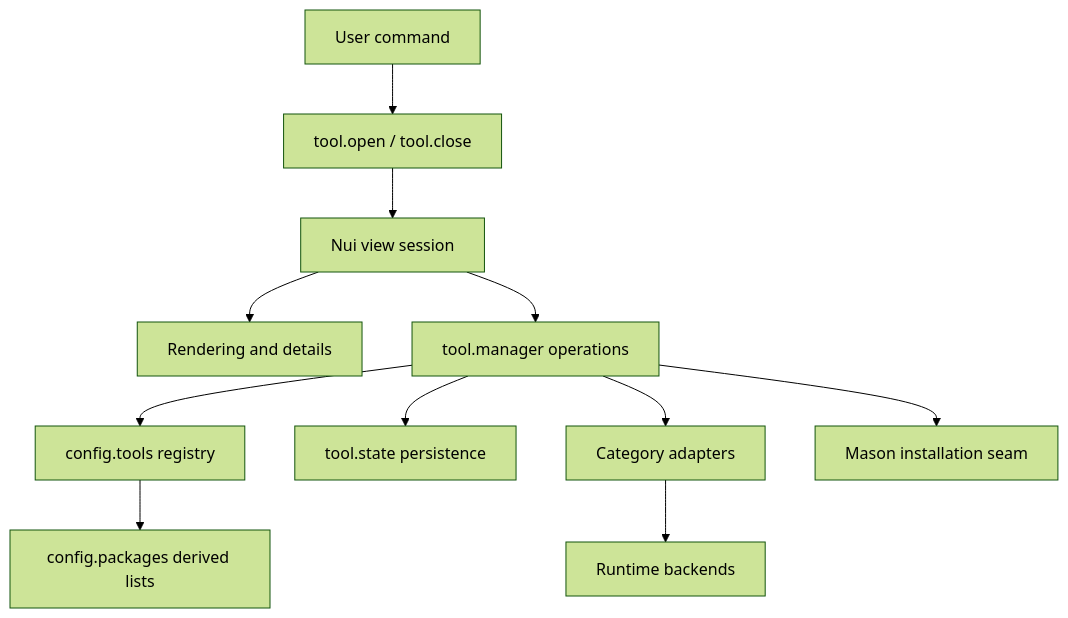
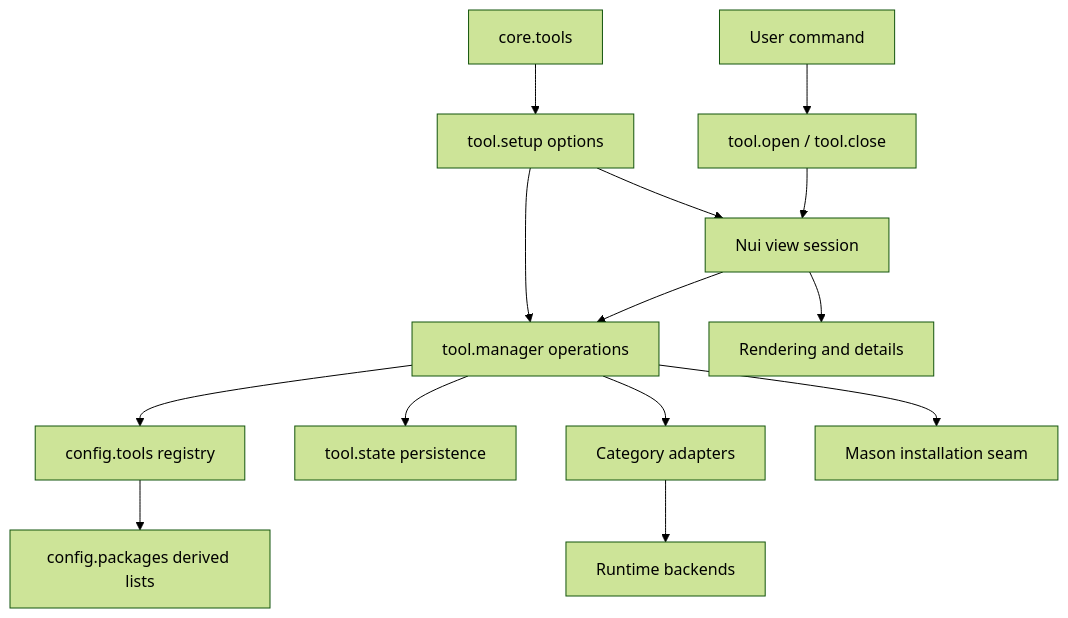
The diagram in doc/architecture.md (Orbit-Lua/orbitvim), drawn with Mermaid (forest theme) before and after one commit. The commit also changed other lines of this file and 2 other files, not shown here.

First line of the commit message:
test(tool): guard injected Tool Manager options and setup lifecycle

````diff
--- a/doc/architecture.md
+++ b/doc/architecture.md
@@ -21,13 +21,16 @@
 ```mermaid
 flowchart TD
+    Compose[core.tools] --> Setup[tool.setup options]
+    Setup --> Manager
+    Setup --> View
     Command[User command] --> Public[tool.open / tool.close]
     Public --> View[Nui view session]
     View --> Render[Rendering and details]
     View --> Manager[tool.manager operations]
     Manager --> Registry[config.tools registry]
     Manager --> State[tool.state persistence]
     Manager --> Category[Category adapters]
     Manager --> Mason[Mason installation seam]
     Category --> Runtime[Runtime backends]
     Registry --> Derived[config.packages derived lists]
 ```
````
